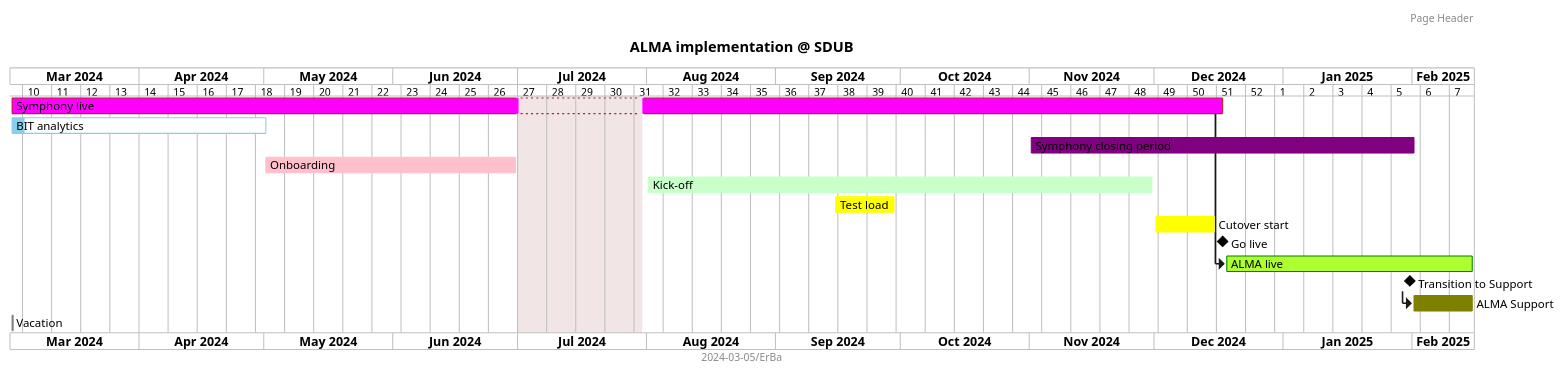
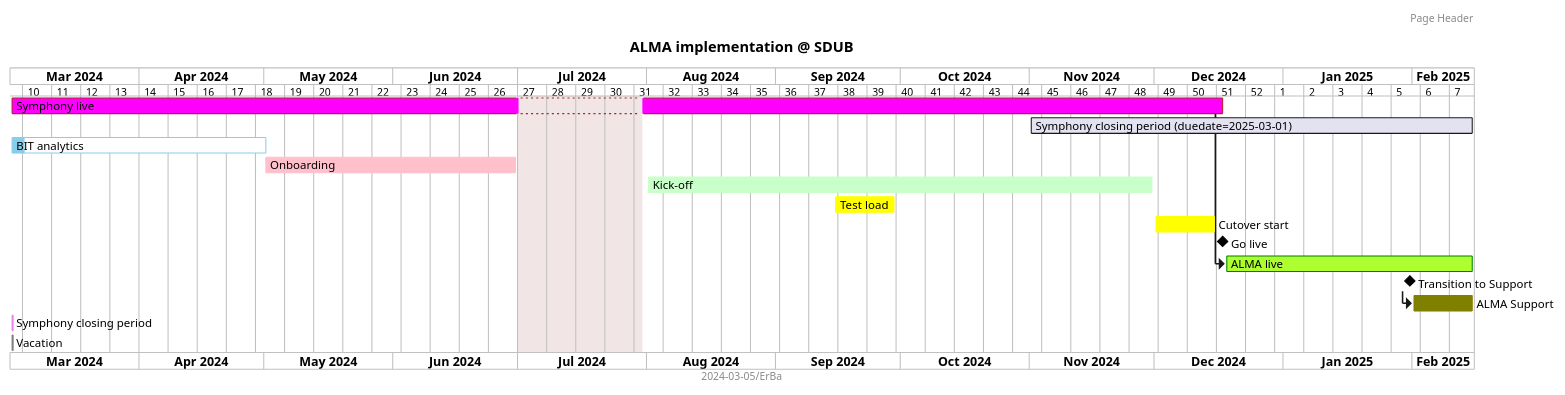
One commit to BIT-SDUB/ALMA changed the diagram in implentation/timeline.puml. Above: the diagram before and after it, drawn with PlantUML.

```diff
--- a/implentation/timeline.puml
+++ b/implentation/timeline.puml
@@ -1,64 +1,65 @@
 @startgantt
 Project starts 2024-03-01
 printscale weekly
 
 TITLE ALMA implementation @ SDUB
 header Page Header
 footer 2024-03-05/ErBa
 
-' //www.plantuml.com/plantuml/png/bPJ1ZjCm48RlynHpoodQfD0jxA7QicXNAgn0Abe9LHpSPDgQkdPaExloZMVXqNWI7AUbZWa7RidCD_zu9dzyQopJTiUajV1Pg-zKMGmXWvDYyZelfdbHGgEvjAPYWl25w20Sm7hbZirUIOU2FzEtlukGoHf9rgTOESdB6K3swyTF_2GtYkcQonq-CXV0PIifWB2-PF-bAfZnmUi2Q-OCP9ScnNN-ge0Cra-igfZbIYOIi-HW8HPgbgrmo0rMGXcg8SAjYi08WQoVvWEl3hdQRc-GcFOYYtRN6diQvfnCpl5cP46bbpzhVY6l81Ih-x8RFF8wNr5ZwRWXVTB-0oNYR_Do6kt9l_HxYWkILD_rhhNgcVIvP-dfzrJ5BGV4i6qvyJEbn7YV1nLCuplCx3vjuPEze_QiQKWExBDUV7nS30t7B2PMp4otLHY18wd1yhsnV6mAMLIIcYny5SsauPsjEbEisgPHtPushbD2jSKbaotJBcZ2UXIFvWgD_LSl8VkVmG9xaGjuh3O-6cJp-Hplb53QG28SJDrbg4OkyRwjzeQpgtkkwPts1kvRZh8FcaX-9I7KorLuZl_V56wuF40M6JS5N11AJ3GEHRzMahTKxQL_tJc43ElMM1_VzMTxOlsraDJuD7C0joJhS1N-1W00
+'https://raw.githubusercontent.com/BIT-SDUB/ALMA/main/implentation/timeline.puml
 
 ' start up
 [Symphony live] starts 2024-03-01 and ends 2024-12-17
+[Symphony closing period (duedate=2025-03-01)] starts 2024-11-01 and ends 2025-02-15
+
 [BIT analytics] starts 2024-03-01 and ends 2024-05-01 and is 5% complete
-
-[Symphony closing period] starts 2024-11-01 and ends 2025-02-01
 
 '>>> Exlibris
 '• Onboarding May and June 2024
 [Onboarding] starts 2024-05-01 and ends 2024-06-30
 '
 '[Vaccation] starts 2024-07-01 and ends 2024-07-30
 'July is closed
 2024-07-01 to 2024-07-30 is closed
 '
 '• Kick-off: early August 2024
 [Kick-off] starts 2024-08-01 and ends 2024-11-30
 '
 '• Test load start: mid-September 2024
 [Test load] starts 2024-09-15 and lasts 15 days
 '[Test load] lasts 15 days
 '
 '• Cutover start: 1st December 2024
 [Cutover start] starts 2024-12-01
 [Cutover start] lasts 15 days
 '
 '• Go live: 17th December 2024
 [Go live] happens 2024-12-17
 [ALMA live] starts at [Symphony live]'s end
 
 [ALMA live] starts 2024-12-17 and ends 2025-02-15
 '[ALMA live] lasts 60 days
 '• Transition to Support: by end of January 2025
 [Transition to Support] happens 2025-01-31
 '[ALMA live] starts at [Symphony live]'s end
 [ALMA Support] starts 2025-01-31 and ends 2025-02-15
 [ALMA Support] starts at [Transition to Support]'s end
 '
 '>>> Colors
   [Symphony live] is colored in Fuchsia/FireBrick
-  [Symphony closing period] is colored in purple
+  [Symphony closing period] is colored in violet
+'purple
   [ALMA live] is colored in GreenYellow/Green
   [ALMA Support] is colored in Olive
   
   [Onboarding] is colored in pink
   '
   [Test load] is colored in yellow
   [Cutover start] is colored in yellow
   [Kick-off] is colored in technology 
   ' dusted green
   [Vacation] is colored in gray
   [BIT analytics] is colored in SkyBlue
 '<<< Colors
 
 @endgantt
```
